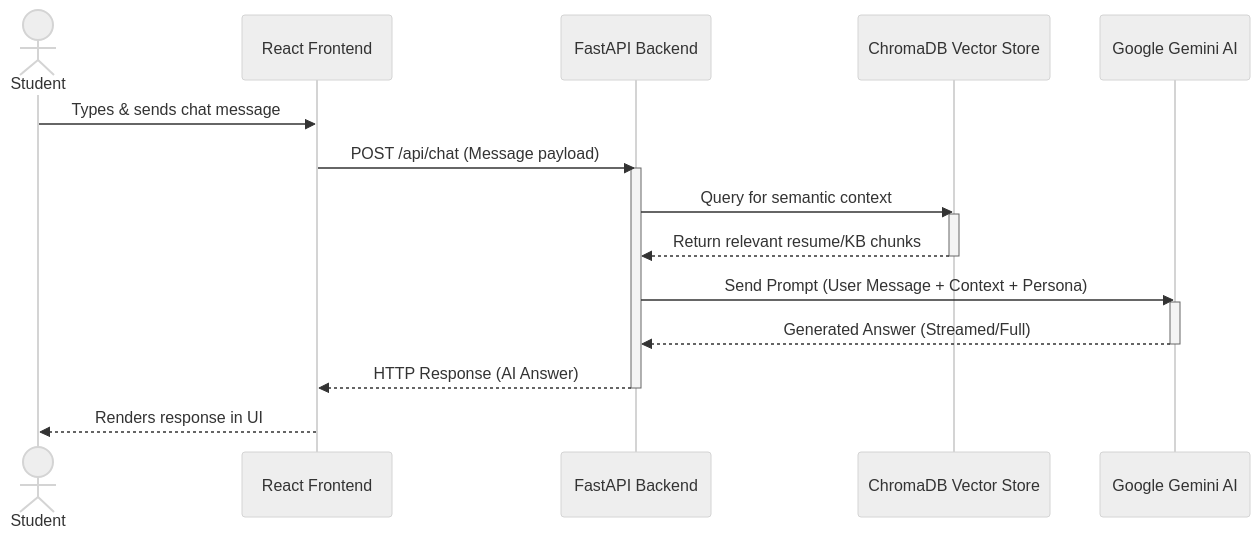
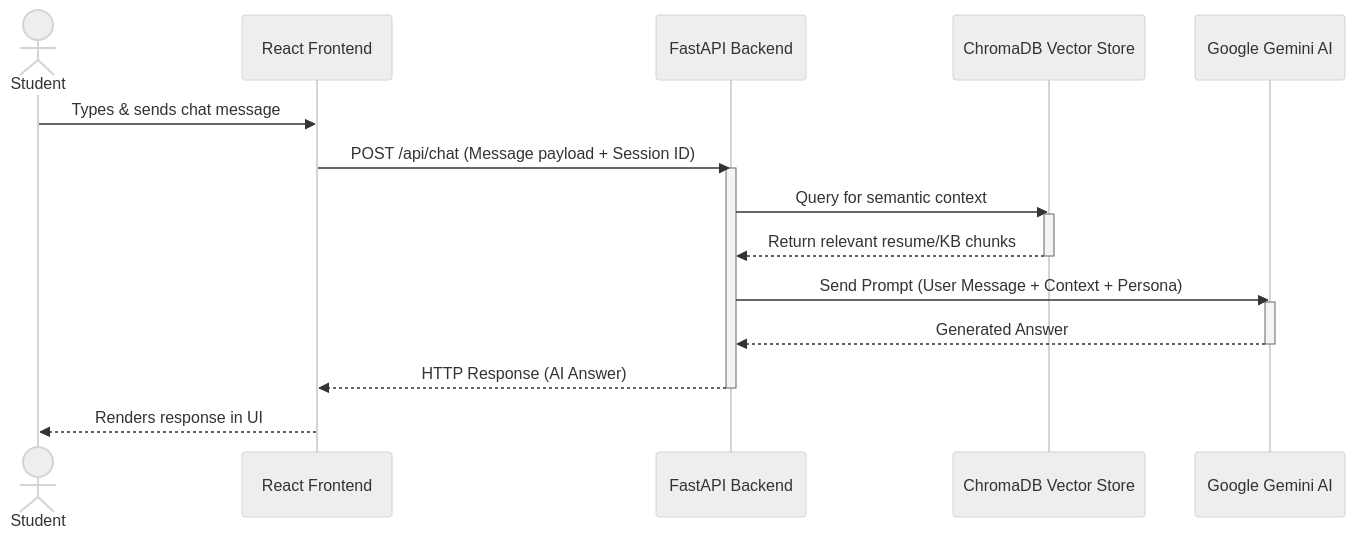
The fifth of 7 diagrams in README.md (Mounikaishu/RAG_play_ground), drawn with Mermaid (neutral theme) before and after one commit. The commit also changed other lines of this file and 28 other files, not shown here.

````diff
--- a/README.md
+++ b/README.md
@@ -137,27 +105,27 @@
 ```mermaid
 sequenceDiagram
     actor Student
     participant Frontend as React Frontend
     participant Backend as FastAPI Backend
     participant DB as ChromaDB Vector Store
     participant LLM as Google Gemini AI
 
     Student->>Frontend: Types & sends chat message
-    Frontend->>Backend: POST /api/chat (Message payload)
+    Frontend->>Backend: POST /api/chat (Message payload + Session ID)
     
     activate Backend
     Backend->>DB: Query for semantic context
     activate DB
     DB-->>Backend: Return relevant resume/KB chunks
     deactivate DB
     
     Backend->>LLM: Send Prompt (User Message + Context + Persona)
     activate LLM
-    LLM-->>Backend: Generated Answer (Streamed/Full)
+    LLM-->>Backend: Generated Answer
     deactivate LLM
     
     Backend-->>Frontend: HTTP Response (AI Answer)
     deactivate Backend
     
     Frontend-->>Student: Renders response in UI
 ```
````
